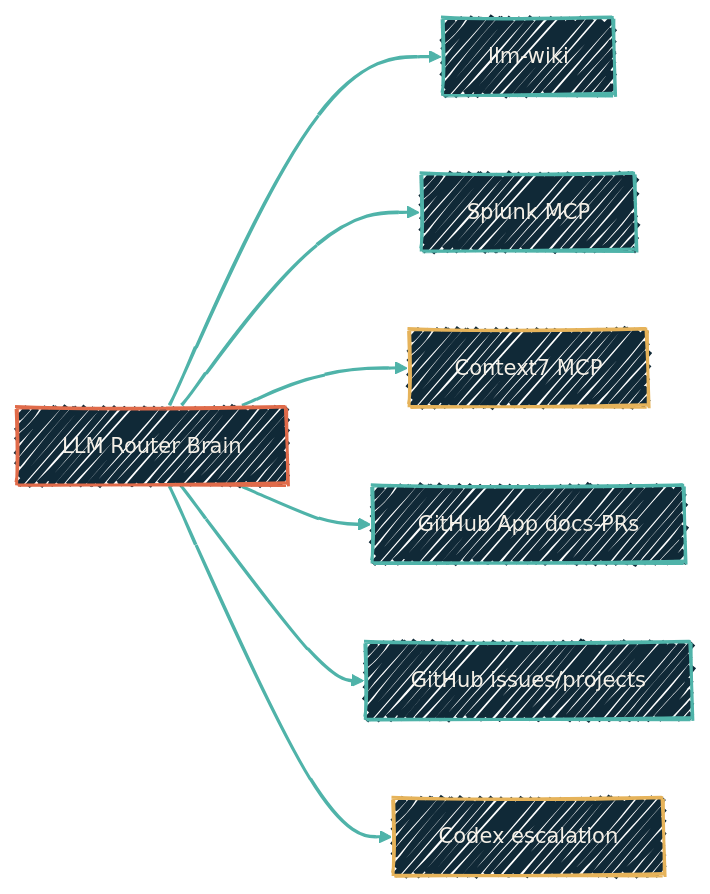
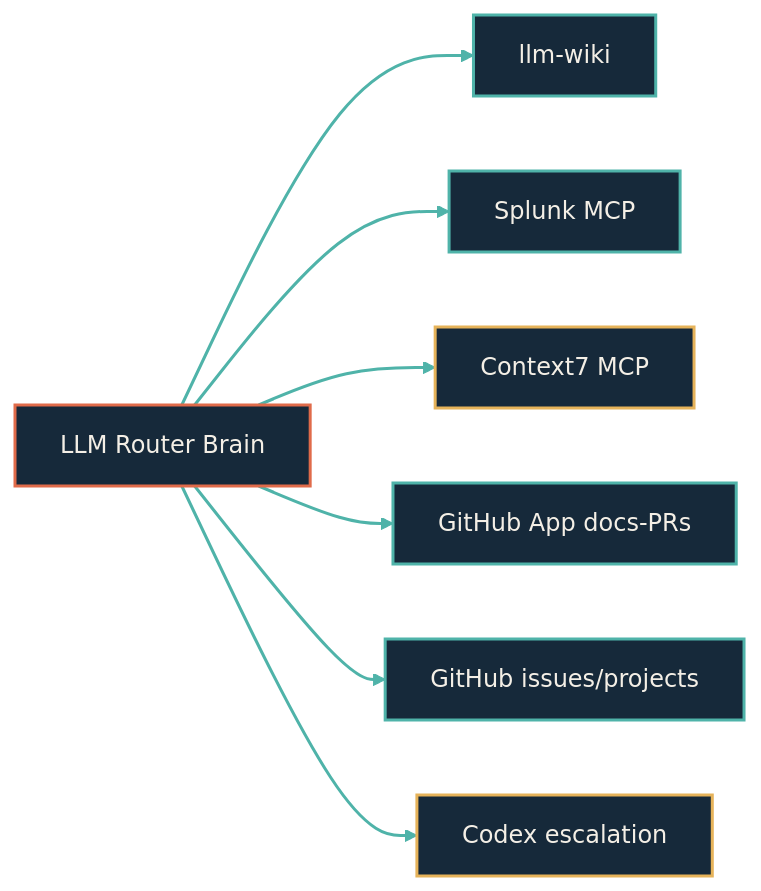
The third of 3 diagrams in autonomous-agents/hermes-agent.mdx (dryvist/docs), drawn with Mermaid before and after one commit. The commit also changed other lines of this file and 116 other files, not shown here.

````diff
--- a/autonomous-agents/hermes-agent.mdx
+++ b/autonomous-agents/hermes-agent.mdx
@@ -205,21 +215,24 @@
 ```mermaid
-%%{init:
-  {'theme':'base','look':'handDrawn','themeVariables':{'fontFamily':'Geist','fontSize':'14px','primaryColor':'#102937','primaryTextColor':'#F4EFE6','primaryBorderColor':'#4FB3A9','lineColor':'#4FB3A9','secondaryColor':'#0B1D2A','tertiaryColor':'#1A2A38','clusterBkg':'rgba(79,179,169,0.08)','clusterBorder':'#4FB3A9'}}}%%
-  flowchart LR
+%%{init: {"theme":"base","look":"handDrawn","themeVariables":{"primaryColor":"#123a36","primaryTextColor":"#f4efe6","primaryBorderColor":"#4fb3a9","lineColor":"#4fb3a9","secondaryColor":"#0b1d2a","tertiaryColor":"#16293a","clusterBkg":"#08151f","clusterBorder":"#4fb3a9","fontFamily":"'Geist Sans', system-ui, -apple-system, BlinkMacSystemFont, 'Segoe UI', Roboto, sans-serif","fontSize":"14px"}}}%%
+flowchart LR
+  classDef src fill:#16293a,stroke:#e06b4a,stroke-width:2px,color:#f4efe6;
+  classDef ai fill:#16293a,stroke:#e06b4a,stroke-width:2px,color:#f4efe6;
+  classDef gate fill:#16293a,stroke:#e06b4a,stroke-width:2.5px,color:#f4efe6;
+  classDef hop fill:#16293a,stroke:#4fb3a9,stroke-width:2px,color:#f4efe6;
+  classDef host fill:#16293a,stroke:#4fb3a9,stroke-width:2px,color:#f4efe6;
+  classDef sink fill:#16293a,stroke:#f4efe6,stroke-width:2px,color:#f4efe6;
+  classDef auto fill:#16293a,stroke:#f4efe6,stroke-width:1.5px,color:#f4efe6;
+  classDef external fill:#16293a,stroke:#e6b35a,stroke-width:2px,color:#f4efe6;
   Brain[LLM Router Brain] --> LLMWiki[llm-wiki]
   Brain --> SplunkMCP[Splunk MCP]
   Brain --> Context7[Context7 MCP]
   Brain --> GitHubApp[GitHub App docs-PRs]
   Brain --> GitHubIssues[GitHub issues/projects]
   Brain --> Codex[Codex escalation]
 
-  classDef ai       fill:#102937,stroke:#E06B4A,stroke-width:2px,color:#F4EFE6;
-  classDef hop      fill:#102937,stroke:#4FB3A9,stroke-width:2px,color:#F4EFE6;
-  classDef external fill:#102937,stroke:#E6B35A,stroke-width:2px,color:#F4EFE6;
-
   class Brain ai
   class LLMWiki,SplunkMCP,GitHubApp,GitHubIssues hop
   class Context7,Codex external
 
   linkStyle 0,1,2,3,4,5 stroke:#4FB3A9,stroke-width:2px;
 ```
````
